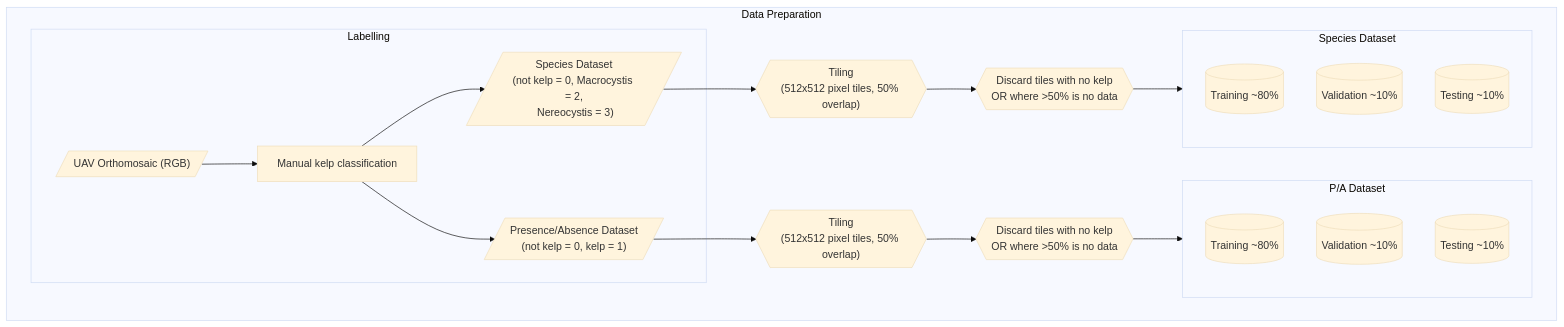
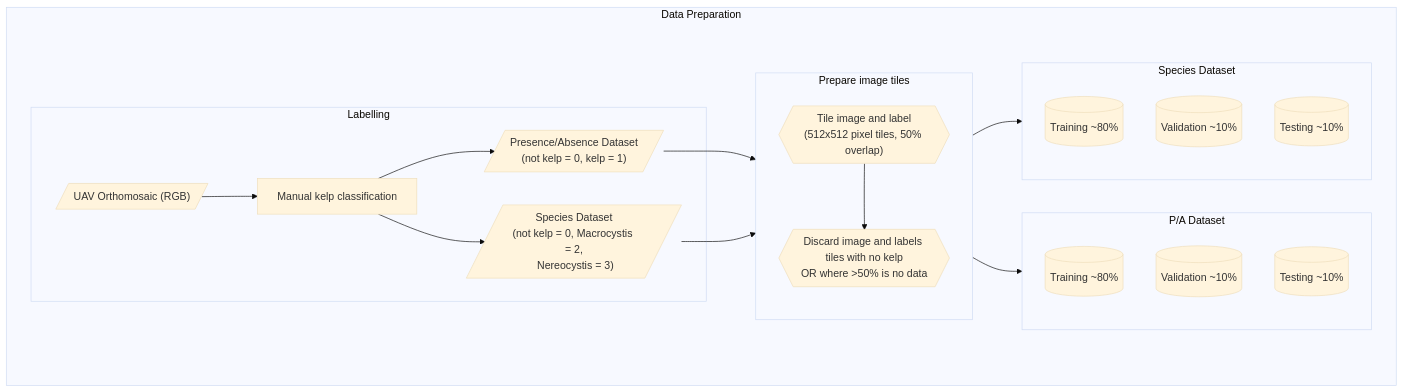
The first of 2 diagrams in docs/about.md (HakaiInstitute/kelp-o-matic), drawn with Mermaid (base theme) before and after one commit. The commit also changed other lines of this file, not shown here.

Commit message:
Update process charts

````diff
--- a/docs/about.md
+++ b/docs/about.md
@@ -150,26 +150,26 @@
 ```mermaid
 flowchart TD
     subgraph Data Preparation
     subgraph Labelling
     A[/"UAV Orthomosaic (RGB)"/] --> B[Manual kelp classification] 
     B --> C[/"Presence/Absence Dataset\n(not kelp = 0, kelp = 1)"/]
     B --> D[/"Species Dataset\n(not kelp = 0, Macrocystis = 2,\n Nereocystis = 3)"/]
     end
-    C --> E{{"Tiling\n(512x512 pixel tiles, 50% overlap)"}}
-    D --> E1{{"Tiling\n(512x512 pixel tiles, 50% overlap)"}}
-    E --> F{{"Discard tiles with no kelp\nOR where >50% is no data"}}
-    E1 --> F1{{"Discard tiles with no kelp\nOR where >50% is no data"}}
+    subgraph Filtering [Prepare image tiles]
+    E{{"Tile image and label\n(512x512 pixel tiles, 50% overlap)"}}
+    E --> F{{"Discard image and labels tiles with no kelp\nOR where >50% is no data"}}
+    end
+    C & D--> Filtering
     subgraph PADataset [P/A Dataset]
     G[("Training ~80%")] 
     H[("Validation ~10%")]
     I[("Testing ~10%")]
     end
     subgraph SpeciesDataset [Species Dataset]
     G1[("Training ~80%")] 
     H1[("Validation ~10%")]
     I1[("Testing ~10%")]
     end
-    F --> PADataset
-    F1 --> SpeciesDataset
+    Filtering --> PADataset & SpeciesDataset
     end
 ```
````
